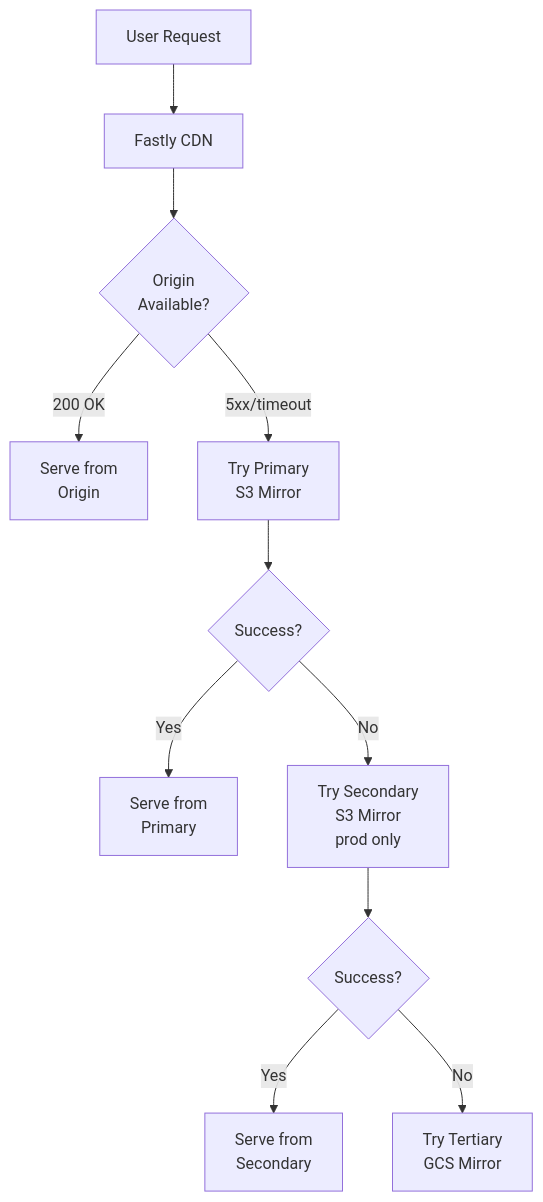
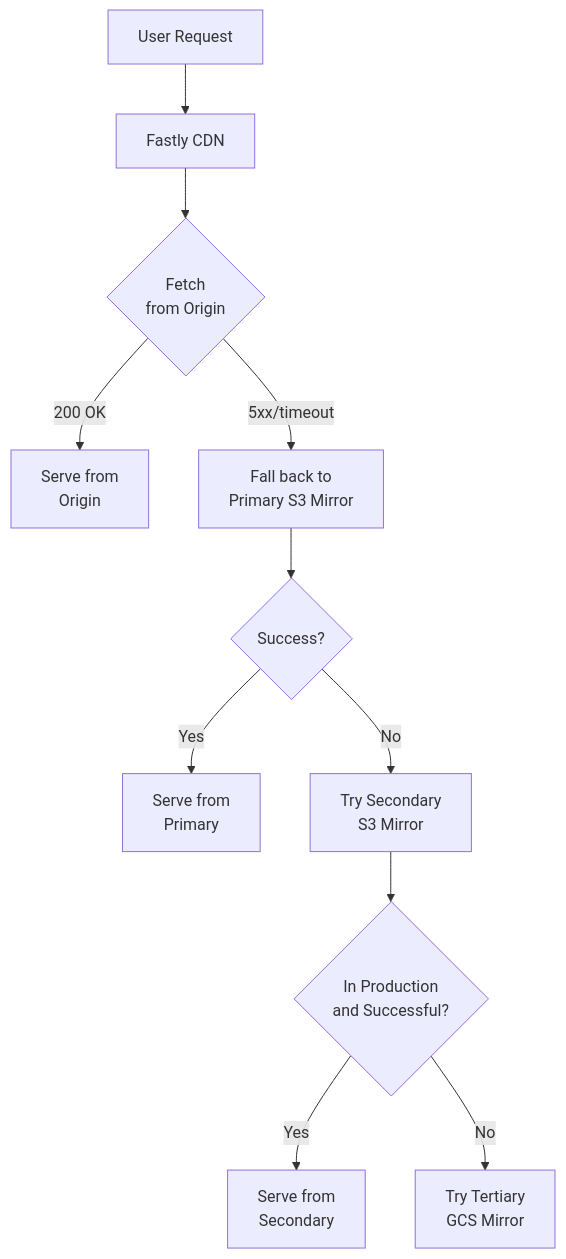
One commit to alphagov/govuk-developer-docs changed the second of 2 diagrams in source/manual/fall-back-to-mirror.html.md. Above: the diagram before and after it, drawn with Mermaid. The commit also changed other lines of this file, not shown here.

````diff
--- a/source/manual/fall-back-to-mirror.html.md
+++ b/source/manual/fall-back-to-mirror.html.md
@@ -40,13 +41,13 @@
 ```mermaid
 flowchart TB
     I[User Request] --> J[Fastly CDN]
-    J --> K{Origin<br/>Available?}
+    J --> K{Fetch<br/>from Origin}
     K -->|"200 OK"| L[Serve from<br/>Origin]
-    K -->|"5xx/timeout"| M[Try Primary<br/>S3 Mirror]
+    K -->|"5xx/timeout"| M[Fall back to <br />Primary S3 Mirror]
     M --> N{Success?}
     N -->|Yes| O[Serve from<br/>Primary]
-    N -->|No| P[Try Secondary<br/>S3 Mirror<br/>prod only]
-    P --> Q{Success?}
+    N -->|No| P[Try Secondary<br/>S3 Mirror]
+    P --> Q{In Production<br/>and Successful?}
     Q -->|Yes| R[Serve from<br/>Secondary]
     Q -->|No| S[Try Tertiary<br/>GCS Mirror]
 ```
````
